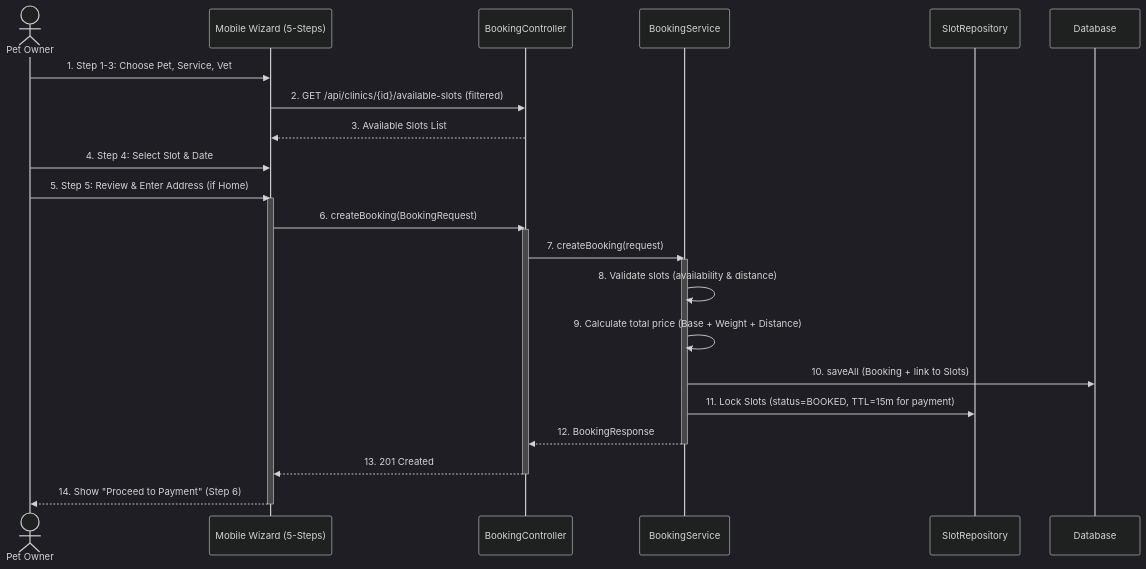
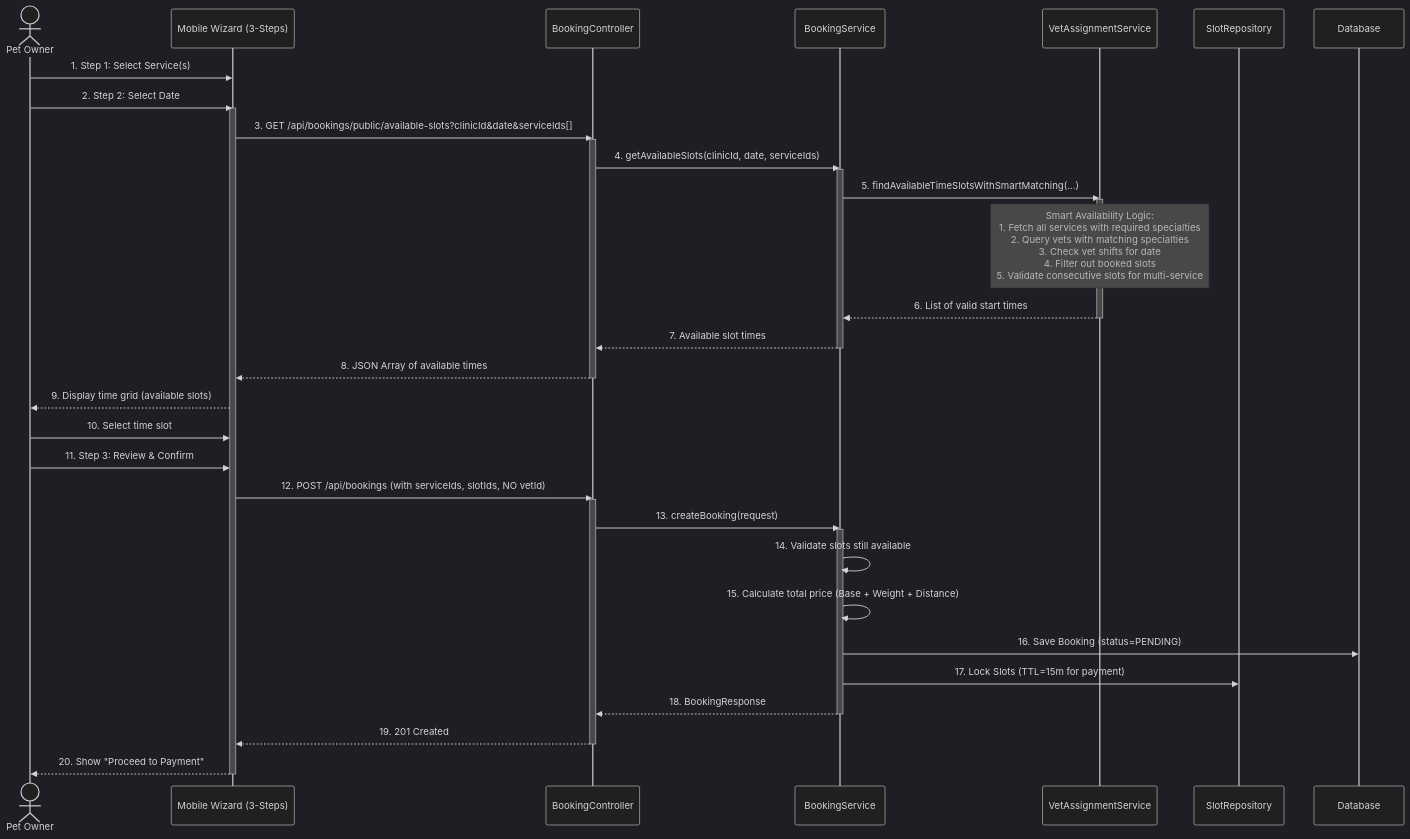
One commit to espresso23/Petties-Veterinary-Appointment-Booking-Platform changed diagram 29 of 44 in docs-references/documentation/SDD/REPORT_4_SDD_SYSTEM_DESIGN.md. Above: the diagram before and after it, drawn with Mermaid (dark theme). The commit also changed other lines of this file and 14 other files, not shown here.

Commit message:
add: check available for search clinic and write unitest for EMR missing

````diff
--- a/docs-references/documentation/SDD/REPORT_4_SDD_SYSTEM_DESIGN.md
+++ b/docs-references/documentation/SDD/REPORT_4_SDD_SYSTEM_DESIGN.md
@@ -2277,30 +2287,45 @@
 ```mermaid
 sequenceDiagram
     actor PO as Pet Owner
-    participant UI as Mobile Wizard (5-Steps)
+    participant UI as Mobile Wizard (3-Steps)
     participant BC as BookingController
     participant BS as BookingService
+    participant VAS as VetAssignmentService
     participant SR as SlotRepository
     participant DB as Database
 
-    PO->>UI: 1. Step 1-3: Choose Pet, Service, Vet
-    UI->>BC: 2. GET /api/clinics/{id}/available-slots (filtered)
-    BC-->>UI: 3. Available Slots List
-    PO->>UI: 4. Step 4: Select Slot & Date
-    PO->>UI: 5. Step 5: Review & Enter Address (if Home)
+    PO->>UI: 1. Step 1: Select Service(s)
+    PO->>UI: 2. Step 2: Select Date
     activate UI
-    UI->>BC: 6. createBooking(BookingRequest)
+    UI->>BC: 3. GET /api/bookings/public/available-slots?clinicId&date&serviceIds[]
     activate BC
-    BC->>BS: 7. createBooking(request)
+    BC->>BS: 4. getAvailableSlots(clinicId, date, serviceIds)
     activate BS
-    BS->>BS: 8. Validate slots (availability & distance)
-    BS->>BS: 9. Calculate total price (Base + Weight + Distance)
-    BS->>DB: 10. saveAll (Booking + link to Slots)
-    BS->>SR: 11. Lock Slots (status=BOOKED, TTL=15m for payment)
-    BS-->>BC: 12. BookingResponse
+    BS->>VAS: 5. findAvailableTimeSlotsWithSmartMatching(...)
+    activate VAS
+    Note over VAS: Smart Availability Logic:<br/>1. Fetch all services with required specialties<br/>2. Query vets with matching specialties<br/>3. Check vet shifts for date<br/>4. Filter out booked slots<br/>5. Validate consecutive slots for multi-service
+    VAS-->>BS: 6. List of valid start times
+    deactivate VAS
+    BS-->>BC: 7. Available slot times
     deactivate BS
-    BC-->>UI: 13. 201 Created
+    BC-->>UI: 8. JSON Array of available times
     deactivate BC
-    UI-->>PO: 14. Show "Proceed to Payment" (Step 6)
+    UI-->>PO: 9. Display time grid (available slots)
+    
+    PO->>UI: 10. Select time slot
+    PO->>UI: 11. Step 3: Review & Confirm
+    UI->>BC: 12. POST /api/bookings (with serviceIds, slotIds, NO vetId)
+    activate BC
+    BC->>BS: 13. createBooking(request)
+    activate BS
+    BS->>BS: 14. Validate slots still available
+    BS->>BS: 15. Calculate total price (Base + Weight + Distance)
+    BS->>DB: 16. Save Booking (status=PENDING)
+    BS->>SR: 17. Lock Slots (TTL=15m for payment)
+    BS-->>BC: 18. BookingResponse
+    deactivate BS
+    BC-->>UI: 19. 201 Created
+    deactivate BC
+    UI-->>PO: 20. Show "Proceed to Payment"
     deactivate UI
 ```
````
